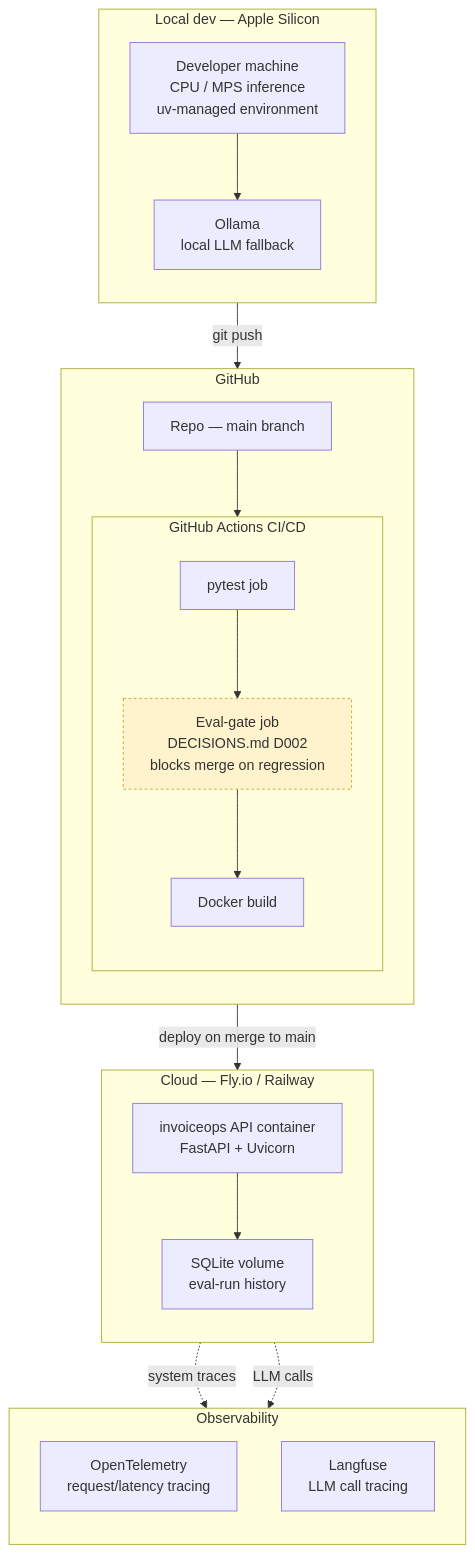
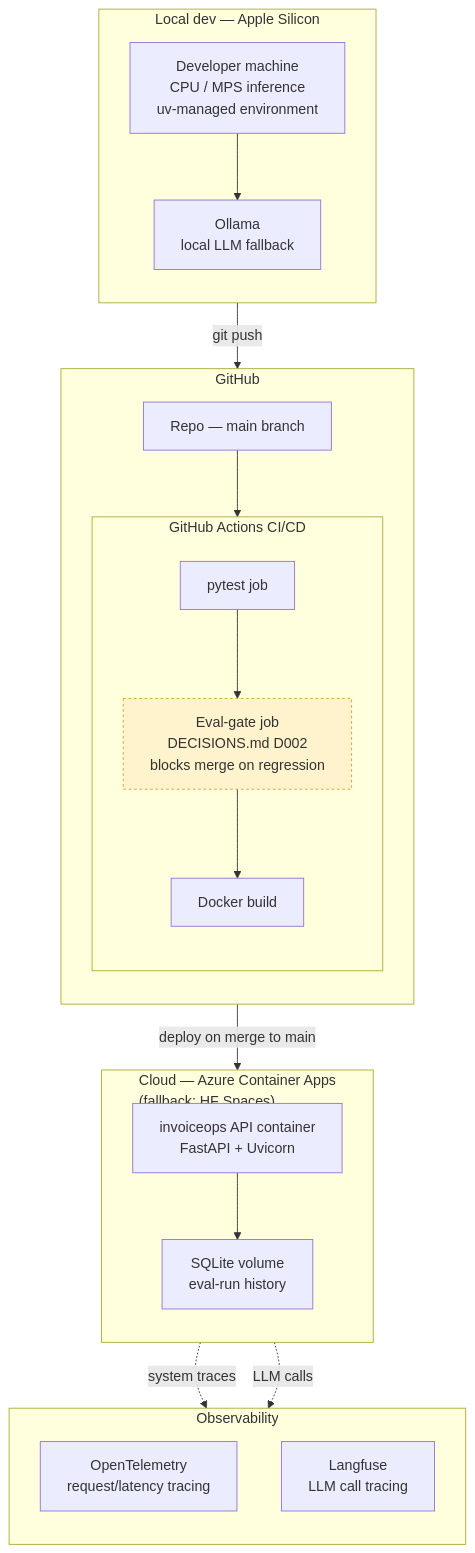
Before and after one commit to SaidIbenariba/invoiceops: the diagram in docs/architecture/deployment-topology.md, drawn with Mermaid. The commit also changed 3 other files, not shown here.

First line of the commit message:
docs: sync architecture diagrams with amended D006/D009

````diff
--- a/docs/architecture/deployment-topology.md
+++ b/docs/architecture/deployment-topology.md
@@ -5,44 +5,44 @@
 ```mermaid
 flowchart TD
     subgraph LOCAL["Local dev — Apple Silicon"]
         direction TB
         DEV["Developer machine<br/>CPU / MPS inference<br/>uv-managed environment"]
         OLLAMA_L["Ollama<br/>local LLM fallback"]
         DEV --> OLLAMA_L
     end
 
     subgraph GH["GitHub"]
         direction TB
         REPO["Repo — main branch"]
         subgraph ACTIONS["GitHub Actions CI/CD"]
             direction TB
             TEST["pytest job"]
             GATE["Eval-gate job<br/>DECISIONS.md D002<br/>blocks merge on regression"]
             BUILD["Docker build"]
             TEST --> GATE --> BUILD
         end
         REPO --> TEST
     end
 
     DEV -->|git push| REPO
 
-    subgraph CLOUD["Cloud — Fly.io / Railway"]
+    subgraph CLOUD["Cloud — Azure Container Apps<br/>(fallback: HF Spaces)"]
         direction TB
         APP["invoiceops API container<br/>FastAPI + Uvicorn"]
         DB["SQLite volume<br/>eval-run history"]
         APP --> DB
     end
 
     BUILD -->|deploy on merge to main| APP
 
     subgraph OBS["Observability"]
         direction TB
         OTEL["OpenTelemetry<br/>request/latency tracing"]
         LANGFUSE_C["Langfuse<br/>LLM call tracing"]
     end
 
     APP -.system traces.-> OTEL
     APP -.LLM calls.-> LANGFUSE_C
 
     style GATE fill:#fff3cd,stroke:#c9a227,stroke-dasharray: 3 3
 ```
````
